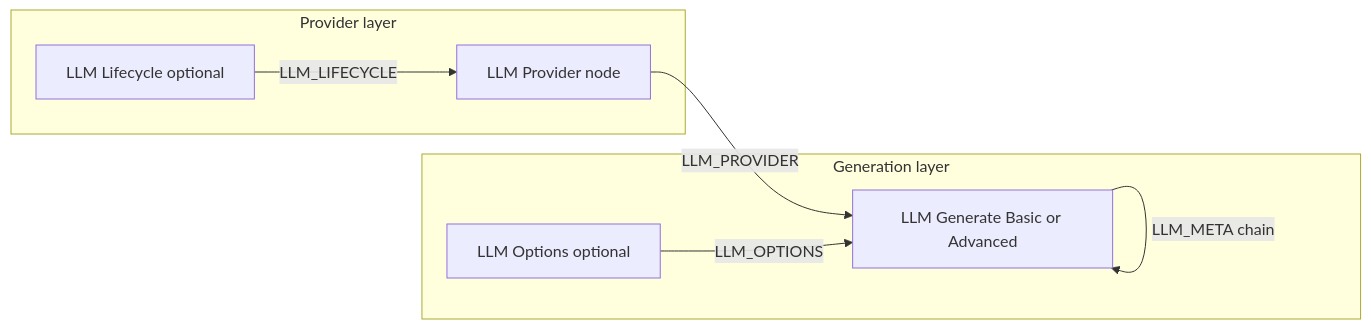
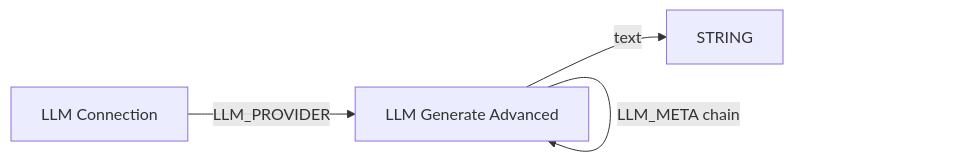
Before and after one commit to VirusShell/comfyui-llm-bikeshed: the diagram in CODEBASE.md, drawn with Mermaid. The commit also changed other lines of this file and 8 other files, not shown here.

First line of the commit message:
docs: Connection → Advanced Generate spine (DOC-3)

````diff
--- a/CODEBASE.md
+++ b/CODEBASE.md
@@ -128,15 +130,6 @@
 ```mermaid
 flowchart LR
-  subgraph providers [Provider layer]
-    P[LLM Provider node]
-    L[LLM Lifecycle optional]
-  end
-  subgraph gen [Generation layer]
-    O[LLM Options optional]
-    G[LLM Generate Basic or Advanced]
-  end
-  L -->|LLM_LIFECYCLE| P
-  P -->|LLM_PROVIDER| G
-  O -->|LLM_OPTIONS| G
+  C[LLM Connection] -->|LLM_PROVIDER| G[LLM Generate Advanced]
+  G -->|text| T[STRING]
   G -->|LLM_META chain| G
 ```
````
